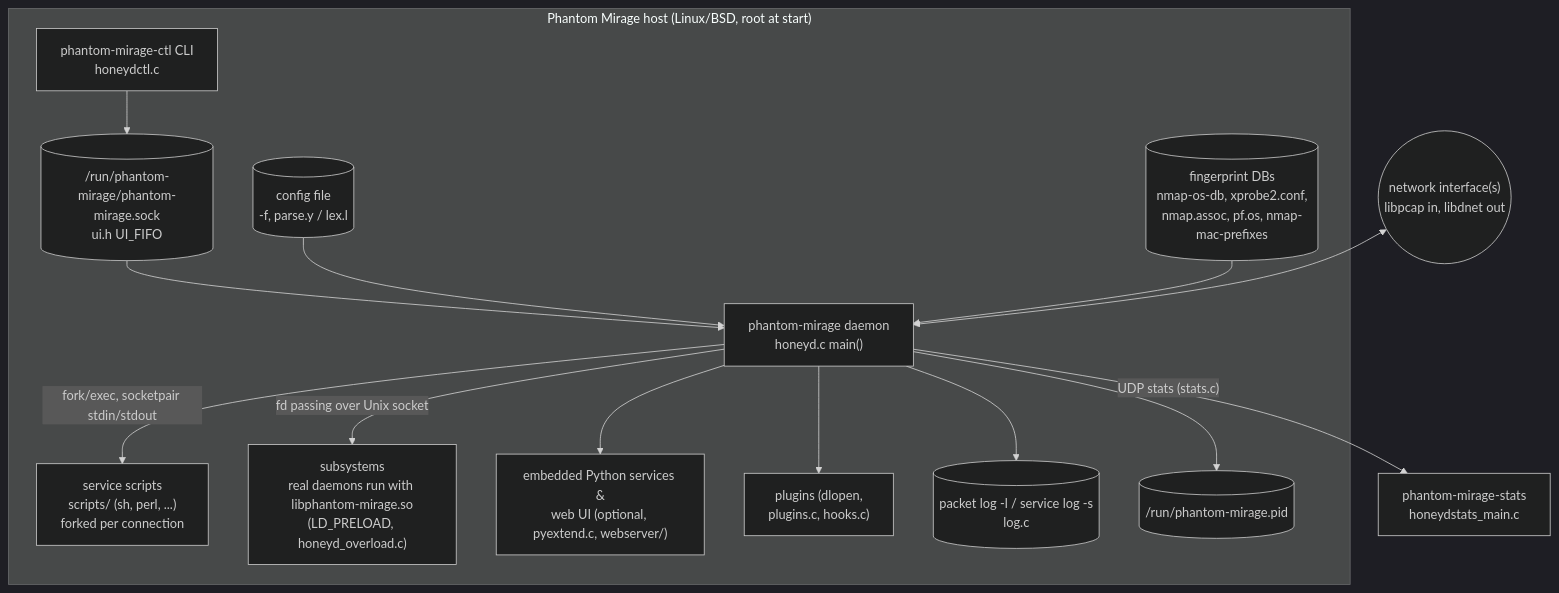
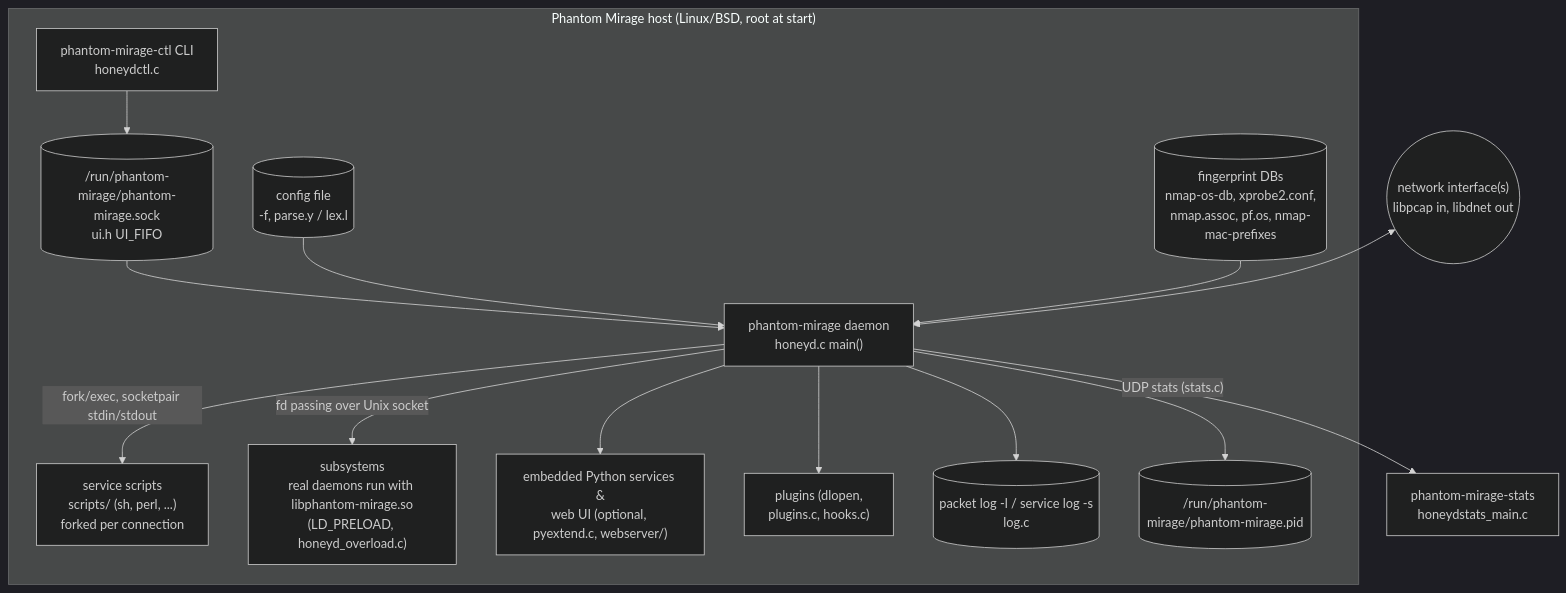
The second of 2 diagrams in docs/architecture/01-system-context.md (danieldejager/phantom-mirage), drawn with Mermaid (dark theme) before and after one commit. The commit also changed 12 other files, not shown here.

Commit message:
Pid file in /run/phantom-mirage; emptied on exit after the privilege drop, stale ones replaced

````diff
--- a/docs/architecture/01-system-context.md
+++ b/docs/architecture/01-system-context.md
@@ -30,30 +30,30 @@
 ```mermaid
 flowchart TB
     subgraph host["Phantom Mirage host (Linux/BSD, root at start)"]
         phantom-mirage["phantom-mirage daemon<br/>honeyd.c main()"]
         phantom-mirage-ctl["phantom-mirage-ctl CLI<br/>honeydctl.c"]
         uisock[("/run/phantom-mirage/phantom-mirage.sock<br/>ui.h UI_FIFO")]
         cfg[("config file<br/>-f, parse.y / lex.l")]
         fp[("fingerprint DBs<br/>nmap-os-db, xprobe2.conf,<br/>nmap.assoc, pf.os, nmap-mac-prefixes")]
         scripts["service scripts<br/>scripts/ (sh, perl, ...)<br/>forked per connection"]
         subsys["subsystems<br/>real daemons run with libphantom-mirage.so<br/>(LD_PRELOAD, honeyd_overload.c)"]
         py["embedded Python services &<br/>web UI (optional, pyextend.c, webserver/)"]
         plugins["plugins (dlopen,<br/>plugins.c, hooks.c)"]
         logs[("packet log -l / service log -s<br/>log.c")]
-        pid[("/run/phantom-mirage.pid")]
+        pid[("/run/phantom-mirage/phantom-mirage.pid")]
     end
     stats["phantom-mirage-stats<br/>honeydstats_main.c"]
     net(("network interface(s)<br/>libpcap in, libdnet out"))
 
     phantom-mirage-ctl --> uisock --> phantom-mirage
     cfg --> phantom-mirage
     fp --> phantom-mirage
     phantom-mirage -- "fork/exec, socketpair stdin/stdout" --> scripts
     phantom-mirage -- "fd passing over Unix socket" --> subsys
     phantom-mirage --> py
     phantom-mirage --> plugins
     phantom-mirage --> logs
     phantom-mirage --> pid
     phantom-mirage -- "UDP stats (stats.c)" --> stats
     net <--> phantom-mirage
 ```
````
